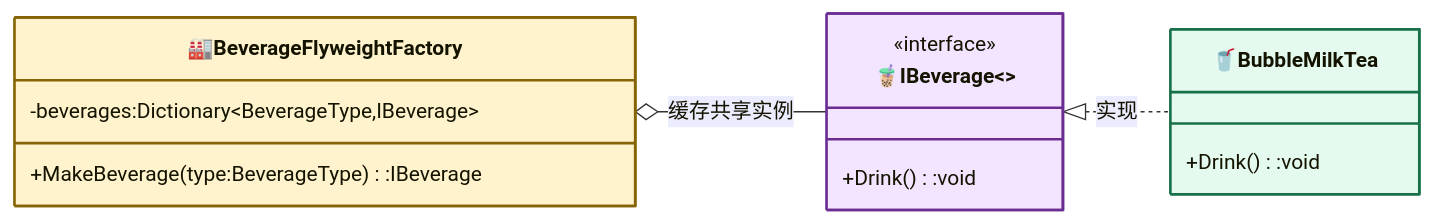
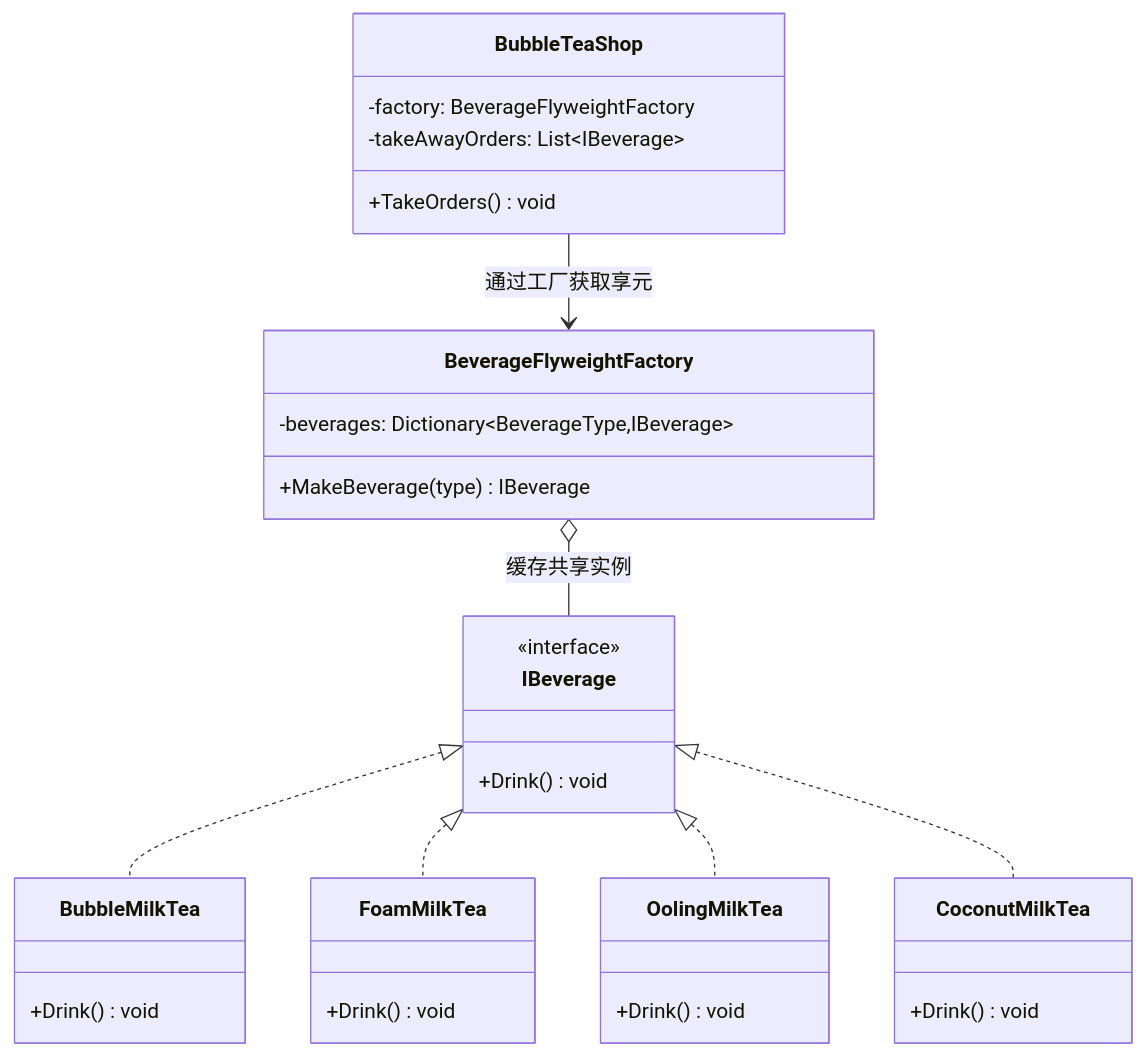
Before and after one commit to hollson/design_patterns: the second of 2 diagrams in FlyweightPattern/README.md, drawn with Mermaid. The commit also changed other lines of this file and 19 other files, not shown here.

````diff
--- a/FlyweightPattern/README.md
+++ b/FlyweightPattern/README.md
@@ -21,24 +48,35 @@
 ```mermaid
-%%{init: {"classDiagram": {"useMarkdownLabels": true}} }%%
 classDiagram
-    direction LR
-
-    class FlyweightFactory["🏭BeverageFlyweightFactory"]:::contextCls{
-        -beverages:Dictionary~BeverageType,IBeverage~
-        +MakeBeverage(type:BeverageType):IBeverage
+    class IBeverage {
+        <<interface>>
+        +Drink() void
     }
-    class Flyweight["🧋IBeverage<<interface>>"]:::strategyCls{
-        <<interface>>
-        +Drink():void
+    class BubbleMilkTea {
+        +Drink() void
     }
-    class ConcreteFlyweight["🥤BubbleMilkTea"]:::concreteCls{
-        +Drink():void
+    class FoamMilkTea {
+        +Drink() void
+    }
+    class OolingMilkTea {
+        +Drink() void
+    }
+    class CoconutMilkTea {
+        +Drink() void
+    }
+    class BeverageFlyweightFactory {
+        -beverages: Dictionary~BeverageType,IBeverage~
+        +MakeBeverage(type) IBeverage
+    }
+    class BubbleTeaShop {
+        -factory: BeverageFlyweightFactory
+        -takeAwayOrders: List~IBeverage~
+        +TakeOrders() void
     }
 
-    FlyweightFactory o-- Flyweight : 缓存共享实例
-    Flyweight <|.. ConcreteFlyweight : 实现
-
-    classDef contextCls fill:#fff3cd,stroke:#856404,stroke-width:2px
-    classDef strategyCls fill:#f3e5ff,stroke:#6b2d91,stroke-width:2px
-    classDef concreteCls fill:#e5faef,stroke:#177048,stroke-width:2px
+    IBeverage <|.. BubbleMilkTea
+    IBeverage <|.. FoamMilkTea
+    IBeverage <|.. OolingMilkTea
+    IBeverage <|.. CoconutMilkTea
+    BeverageFlyweightFactory o-- IBeverage : 缓存共享实例
+    BubbleTeaShop --> BeverageFlyweightFactory : 通过工厂获取享元
 ```
````
